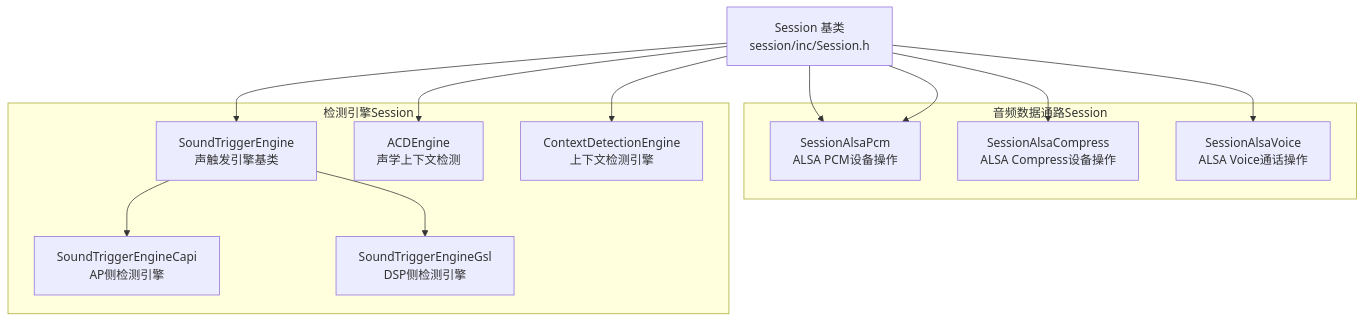
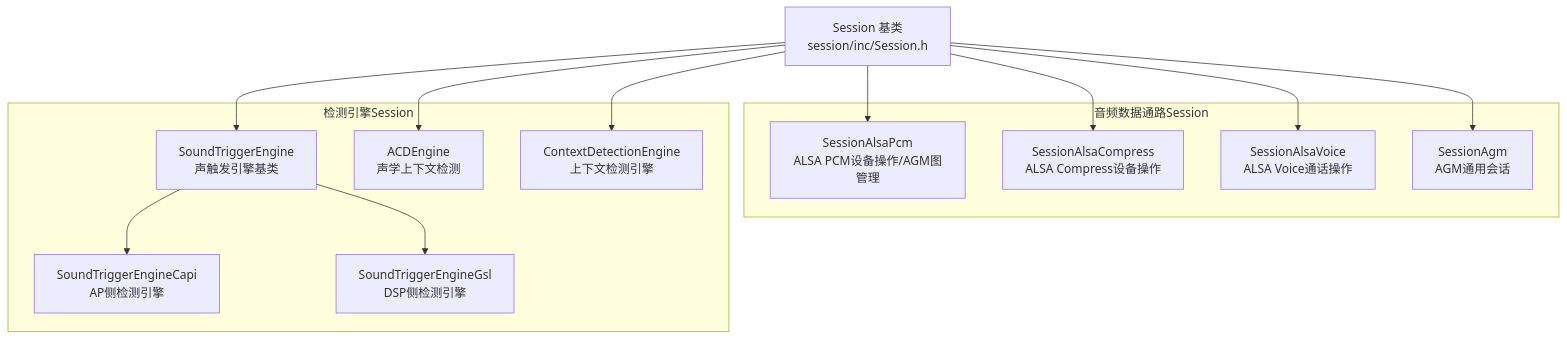
One commit to yanglinzhen1022/SA8295_AAOS_QNX_Audio_KnowledgeBase changed the ninth of 20 diagrams in 15_PAL_Architecture/15_15.5_核心类层次图-Stream-Device-Session.md. Above: the diagram before and after it, drawn with Mermaid. The commit also changed other lines of this file and 48 other files, not shown here.

````diff
--- a/15_PAL_Architecture/15_15.5_核心类层次图-Stream-Device-Session.md
+++ b/15_PAL_Architecture/15_15.5_核心类层次图-Stream-Device-Session.md
@@ -963,29 +967,29 @@
 ```mermaid
 graph TB
     Session[Session 基类<br/>session/inc/Session.h]
 
     subgraph AudioSession[音频数据通路Session]
-        SessionAlsaPcm[SessionAlsaPcm<br/>AGM/GSL音频图管理]
-        SessionAlsaPcm[SessionAlsaPcm<br/>ALSA PCM设备操作]
+        SessionAlsaPcm[SessionAlsaPcm<br/>ALSA PCM设备操作/AGM图管理]
         SessionAlsaCompress[SessionAlsaCompress<br/>ALSA Compress设备操作]
         SessionAlsaVoice[SessionAlsaVoice<br/>ALSA Voice通话操作]
+        SessionAgm[SessionAgm<br/>AGM通用会话]
     end
 
     subgraph DetectionEngine[检测引擎Session]
         STEngine[SoundTriggerEngine<br/>声触发引擎基类]
         STEngineCapi[SoundTriggerEngineCapi<br/>AP侧检测引擎]
         STEngineGsl[SoundTriggerEngineGsl<br/>DSP侧检测引擎]
         ACDEngine[ACDEngine<br/>声学上下文检测]
         CtxEngine[ContextDetectionEngine<br/>上下文检测引擎]
     end
 
     Session --> SessionAlsaPcm
-    Session --> SessionAlsaPcm
     Session --> SessionAlsaCompress
     Session --> SessionAlsaVoice
+    Session --> SessionAgm
     Session --> STEngine
     STEngine --> STEngineCapi
     STEngine --> STEngineGsl
     Session --> ACDEngine
     Session --> CtxEngine
 ```
````
